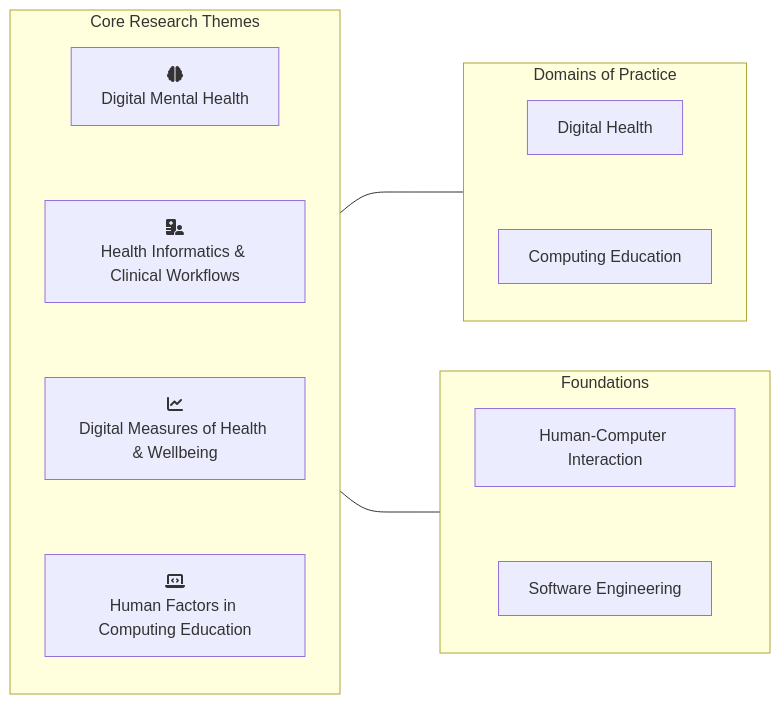
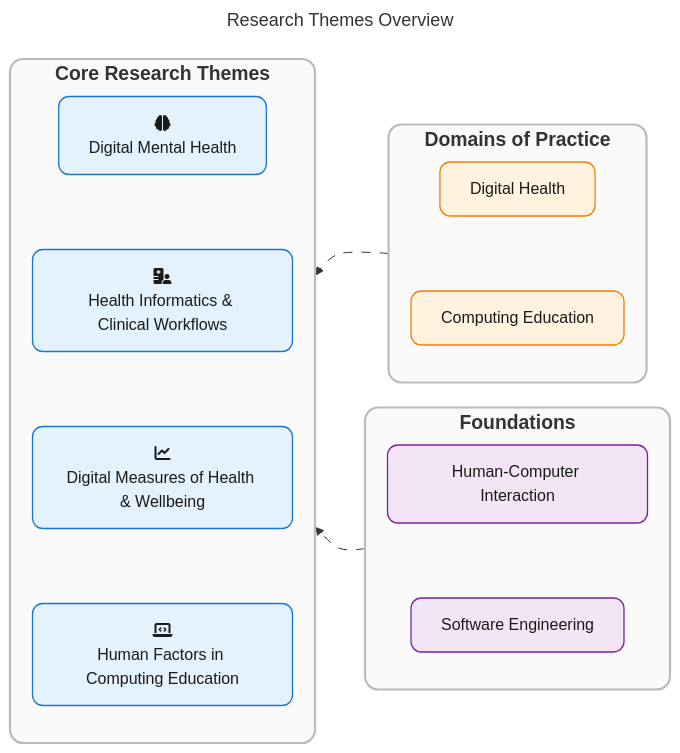
Before and after one commit to ChristopherBull/christopherbull.github.io: the diagram in research/research-themes.md, drawn with Mermaid.

Commit message:
feat: enhance research themes diagram styling

````diff
--- a/research/research-themes.md
+++ b/research/research-themes.md
@@ -17,32 +17,61 @@
 ```mermaid
-flowchart LR
+---
+title: Research Themes Overview
+config:
+    flowchart:
+        curve: cardinal
+        useMaxWidth: true
+        htmlLabels: true
+        nodeSpacing: 25
+        rankSpacing: 50
+---
+flowchart RL
     accTitle: Research Themes and Domains of Practice Overview
     accDescr: This diagram shows the foundations, core research themes, and domains of practice of Christopher Bull's human-centred computing research. Foundational areas include Human-Computer Interaction and Software Engineering. All foundational topics inform the core research themes. Core themes include Digital Mental Health, Digital Measures of Health & Wellbeing, Health Informatics & Clinical Workflows, and Human Factors in Computing Education. Domains of practice are Digital Health and Computing Education.
 
     %% --- CORE RESEARCH THEMES ---
     subgraph T["Core Research Themes"]
         direction TB
         MH[<i class="fas fa-brain fa-fw" aria-hidden="true"></i><br>Digital Mental Health] ~~~
         HI[<i class="fas fa-hospital-user fa-fw" aria-hidden="true"></i><br>Health Informatics & Clinical Workflows] ~~~
         M[<i class="fas fa-chart-line fa-fw" aria-hidden="true"></i><br>Digital Measures of Health & Wellbeing] ~~~
         E[<i class="fas fa-laptop-code fa-fw" aria-hidden="true"></i><br>Human Factors in Computing Education]
     end
 
     %% --- DOMAINS OF PRACTICE (to the top-right) ---
     subgraph C["Domains of Practice"]
         direction TB
         DH[Digital Health] ~~~
         CE[Computing Education]
     end
 
     %% --- FOUNDATIONS (to the bottom-right) ---
     subgraph F["Foundations"]
         direction TB
         HCI[Human-Computer Interaction] ~~~
         SE[Software Engineering]
     end
 
     %% --- STRUCTURAL RELATIONSHIPS ---
-    T <--- C
-    T <--- F
+    C e1@--> T
+    F e2@--> T
+
+    %% --- STYLING ---
+    %% Core Research Themes: Soft blue with professional stroke
+    classDef coreTheme fill:#e3f2fd,stroke:#1976d2,stroke-width:0.08em,color:#1a1a1a,font-size:1em,rx:0.65em,ry:0.65em;
+    %% Domains of Practice: Soft amber/orange
+    classDef domain fill:#fff3e0,stroke:#f57c00,stroke-width:0.08em,color:#1a1a1a,font-size:1em,rx:0.65em,ry:0.65em;
+    %% Foundations: Soft purple
+    classDef foundation fill:#f3e5f5,stroke:#7b1fa2,stroke-width:0.08em,color:#1a1a1a,font-size:1em,rx:0.65em,ry:0.65em;
+    %% Subgraph styling: clean and light
+    classDef subgraphStyle fill:#fafafa,stroke:#bbb,stroke-width:0.125em,font-size:1.1em,font-weight:bold,rx:0.75em,ry:0.75em;
+
+    class MH,HI,M,E coreTheme;
+    class DH,CE domain;
+    class HCI,SE foundation;
+    class T,C,F subgraphStyle;
+
+    %% --- ARROW ANIMATION ---
+    classDef animate stroke-dasharray: 9,5,stroke-dashoffset: 900,animation: dash 60s linear infinite;
+    class e1,e2 animate;
 ```
````
